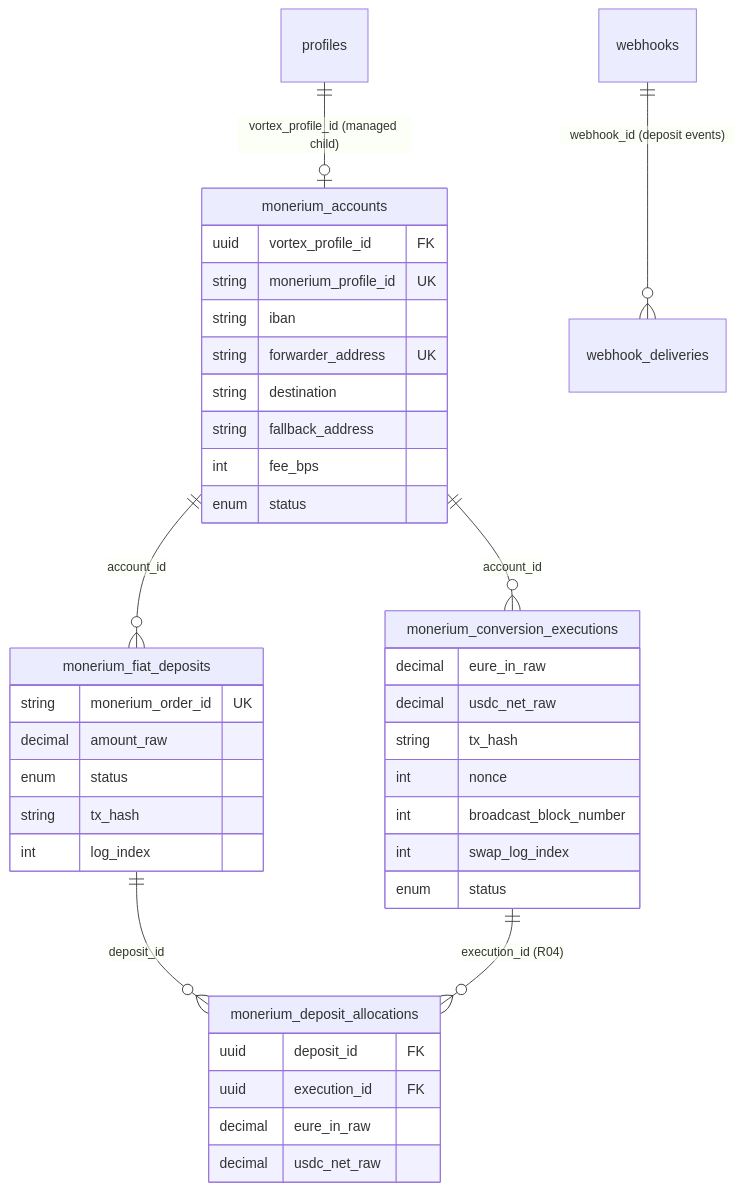
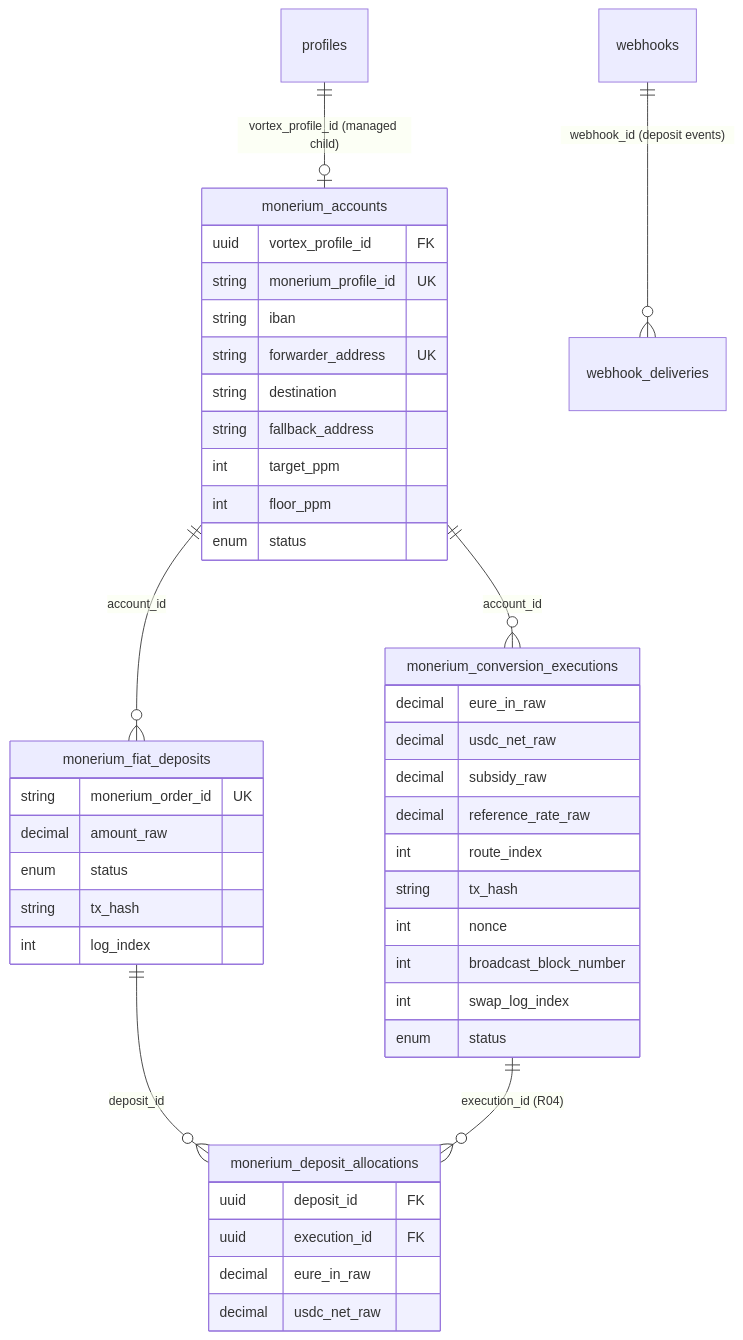
One commit to pendulum-chain/vortex changed the eighth of 8 diagrams in docs/architecture-monerium-b2b-onramp.md. Above: the diagram before and after it, drawn with Mermaid. The commit also changed other lines of this file and 3 other files, not shown here.

Commit message:
docs(repo): describe reference-priced swaps in the architecture and runbook

````diff
--- a/docs/architecture-monerium-b2b-onramp.md
+++ b/docs/architecture-monerium-b2b-onramp.md
@@ -325,42 +385,46 @@
 ```mermaid
 erDiagram
     profiles ||--o| monerium_accounts : "vortex_profile_id (managed child)"
     monerium_accounts ||--o{ monerium_fiat_deposits : "account_id"
     monerium_accounts ||--o{ monerium_conversion_executions : "account_id"
     monerium_fiat_deposits ||--o{ monerium_deposit_allocations : "deposit_id"
     monerium_conversion_executions ||--o{ monerium_deposit_allocations : "execution_id (R04)"
     webhooks ||--o{ webhook_deliveries : "webhook_id (deposit events)"
 
     monerium_accounts {
         uuid vortex_profile_id FK
         string monerium_profile_id UK
         string iban
         string forwarder_address UK
         string destination
         string fallback_address
-        int fee_bps
+        int target_ppm
+        int floor_ppm
         enum status
     }
     monerium_fiat_deposits {
         string monerium_order_id UK
         decimal amount_raw
         enum status
         string tx_hash
         int log_index
     }
     monerium_conversion_executions {
         decimal eure_in_raw
         decimal usdc_net_raw
+        decimal subsidy_raw
+        decimal reference_rate_raw
+        int route_index
         string tx_hash
         int nonce
         int broadcast_block_number
         int swap_log_index
         enum status
     }
     monerium_deposit_allocations {
         uuid deposit_id FK
         uuid execution_id FK
         decimal eure_in_raw
         decimal usdc_net_raw
     }
 ```
````
